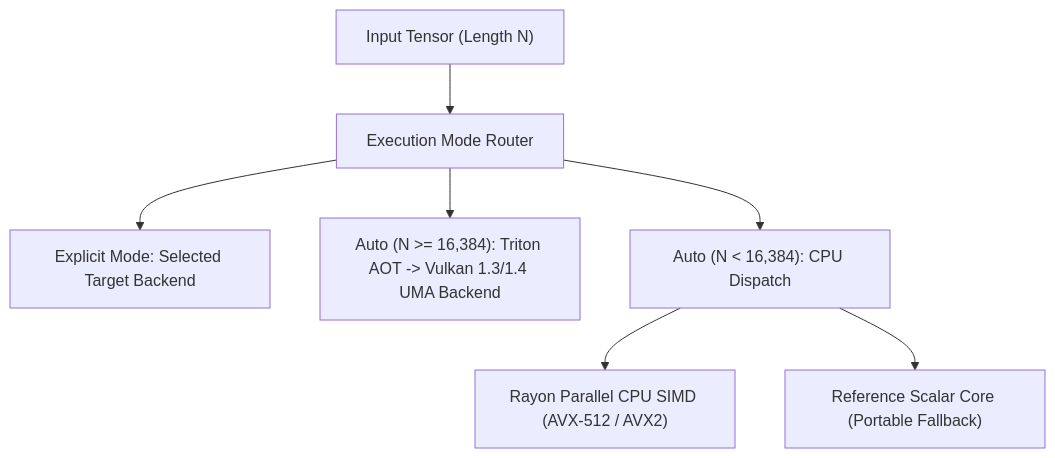
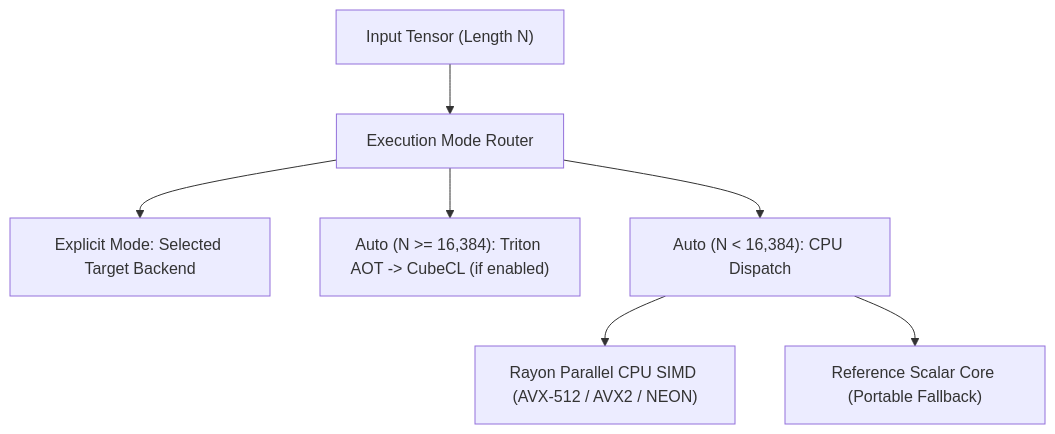
Before and after one commit to cloverx-id/luminamoon: the second of 2 diagrams in docs/optimize/dispatch/README.md, drawn with Mermaid. The commit also changed other lines of this file and 524 other files, not shown here.

````diff
--- a/docs/optimize/dispatch/README.md
+++ b/docs/optimize/dispatch/README.md
@@ -27,9 +27,9 @@
 ```mermaid
 flowchart TD
     Input["Input Tensor (Length N)"] --> Router["Execution Mode Router"]
     Router --> Manual["Explicit Mode: Selected Target Backend"]
-    Router --> Vulkan["Auto (N >= 16,384): Triton AOT -> Vulkan 1.3/1.4 UMA Backend"]
+    Router --> GPU["Auto (N >= 16,384): Triton AOT -> CubeCL (if enabled)"]
     Router --> CPU["Auto (N < 16,384): CPU Dispatch"]
-    CPU --> SIMD["Rayon Parallel CPU SIMD (AVX-512 / AVX2)"]
+    CPU --> SIMD["Rayon Parallel CPU SIMD (AVX-512 / AVX2 / NEON)"]
     CPU --> Scalar["Reference Scalar Core (Portable Fallback)"]
 ```
````
